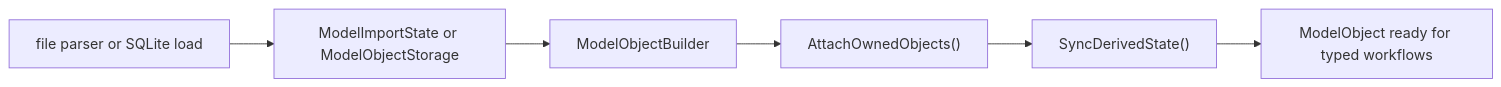
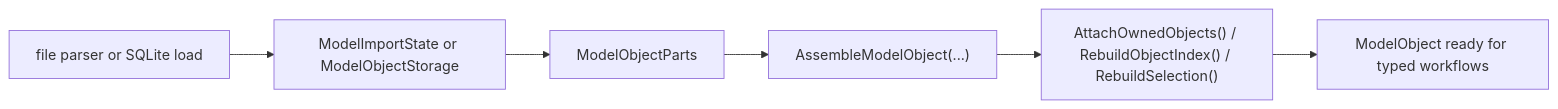
One commit to yslianTim/rhbm_gem changed the first of 2 diagrams in docs/developer/architecture/object-architecture.md. Above: the diagram before and after it, drawn with Mermaid. The commit also changed other lines of this file and 4 other files, not shown here.

````diff
--- a/docs/developer/architecture/object-architecture.md
+++ b/docs/developer/architecture/object-architecture.md
@@ -129,8 +128,8 @@
 ```mermaid
 flowchart LR
     A["file parser or SQLite load"] --> B["ModelImportState or ModelObjectStorage"]
-    B --> C["ModelObjectBuilder"]
-    C --> D["AttachOwnedObjects()"]
-    D --> E["SyncDerivedState()"]
+    B --> C["ModelObjectParts"]
+    C --> D["AssembleModelObject(...)"]
+    D --> E["AttachOwnedObjects() / RebuildObjectIndex() / RebuildSelection()"]
     E --> F["ModelObject ready for typed workflows"]
 ```
````
